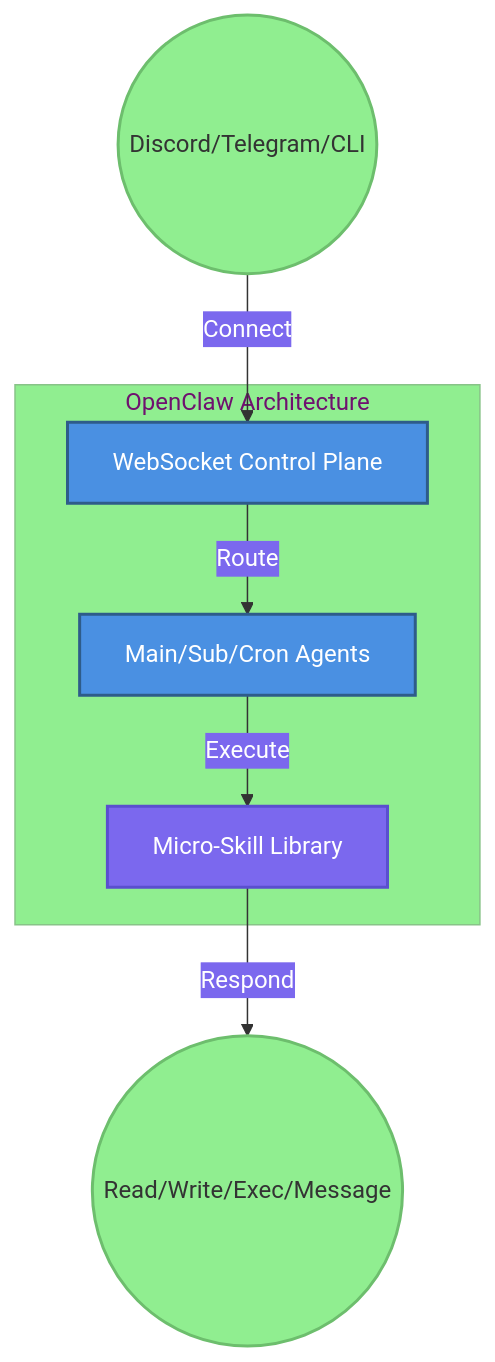
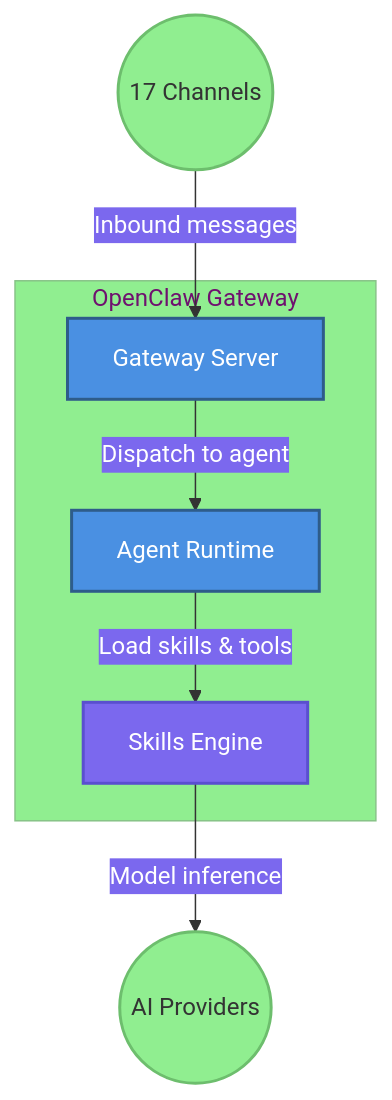
One commit to chunhualiao/openclaw-paradigm-book changed the diagram in diagrams/chapter-02/diagram-01-architecture.mmd. Above: the diagram before and after it, drawn with Mermaid. The commit also changed 37 other files, not shown here.

First line of the commit message:
revise: Chapter 2 — The OpenClaw Ecosystem (3,510 → 5,946 words)

```diff
--- a/diagrams/chapter-02/diagram-01-architecture.mmd
+++ b/diagrams/chapter-02/diagram-01-architecture.mmd
@@ -1,23 +1,23 @@
 %%{init: {'theme':'base', 'themeVariables': { 'primaryColor':'#4A90E2','primaryTextColor':'#fff','primaryBorderColor':'#2E5C8A','lineColor':'#333','secondaryColor':'#7B68EE','tertiaryColor':'#90EE90','background':'#f9f9f9','mainBkg':'#4A90E2','secondBkg':'#7B68EE','tertiaryBkg':'#90EE90'}}}%%
 graph TB
-    subgraph "OpenClaw Architecture"
-        C1[WebSocket Control Plane]
-        C2[Main/Sub/Cron Agents]
-        C3[Micro-Skill Library]
+    subgraph "OpenClaw Gateway"
+        C1[Gateway Server]
+        C2[Agent Runtime]
+        C3[Skills Engine]
     end
     
-    E1((Discord/Telegram/CLI))
-    E2((Read/Write/Exec/Message))
+    E1((17 Channels))
+    E2((AI Providers))
     
-    E1 -->|Connect| C1
-    C1 -->|Route| C2
-    C2 -->|Execute| C3
-    C3 -->|Respond| E2
+    E1 -->|Inbound messages| C1
+    C1 -->|Dispatch to agent| C2
+    C2 -->|Load skills & tools| C3
+    C3 -->|Model inference| E2
     
     classDef primary fill:#4A90E2,stroke:#2E5C8A,stroke-width:2px,color:#fff
     classDef secondary fill:#7B68EE,stroke:#5A4FCF,stroke-width:2px,color:#fff
     classDef external fill:#90EE90,stroke:#6DBE6D,stroke-width:2px,color:#333
     
     class C1,C2 primary
     class C3 secondary
     class E1,E2 external
```
